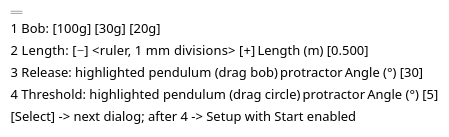
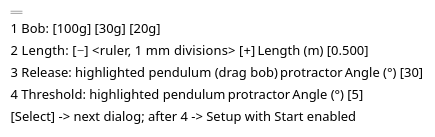
Before and after one commit to Thaza-Kun/makmal-bandul: the third of 6 diagrams in specs/ui/wireframe-current.md, drawn with PlantUML. The commit also changed 11 other files, not shown here.

````diff
--- a/specs/ui/wireframe-current.md
+++ b/specs/ui/wireframe-current.md
@@ -66,12 +66,12 @@
 ```plantuml
 @startsalt
 {
   {== Modal overlay, one dialog at a time ==}
   { 1 Bob: [100g] [30g] [20g] }
   { 2 Length: [−] <ruler, 1 mm divisions> [+] | Length (m) [0.500] }
   { 3 Release: highlighted pendulum (drag bob) | protractor | Angle (°) [30] }
-  { 4 Threshold: highlighted pendulum (drag circle) | protractor | Angle (°) [5] }
+  { 4 Threshold: highlighted pendulum | protractor | Angle (°) [5] }
   { [Select] -> next dialog; after 4 -> Setup with Start enabled }
 }
 @endsalt
 ```
````
